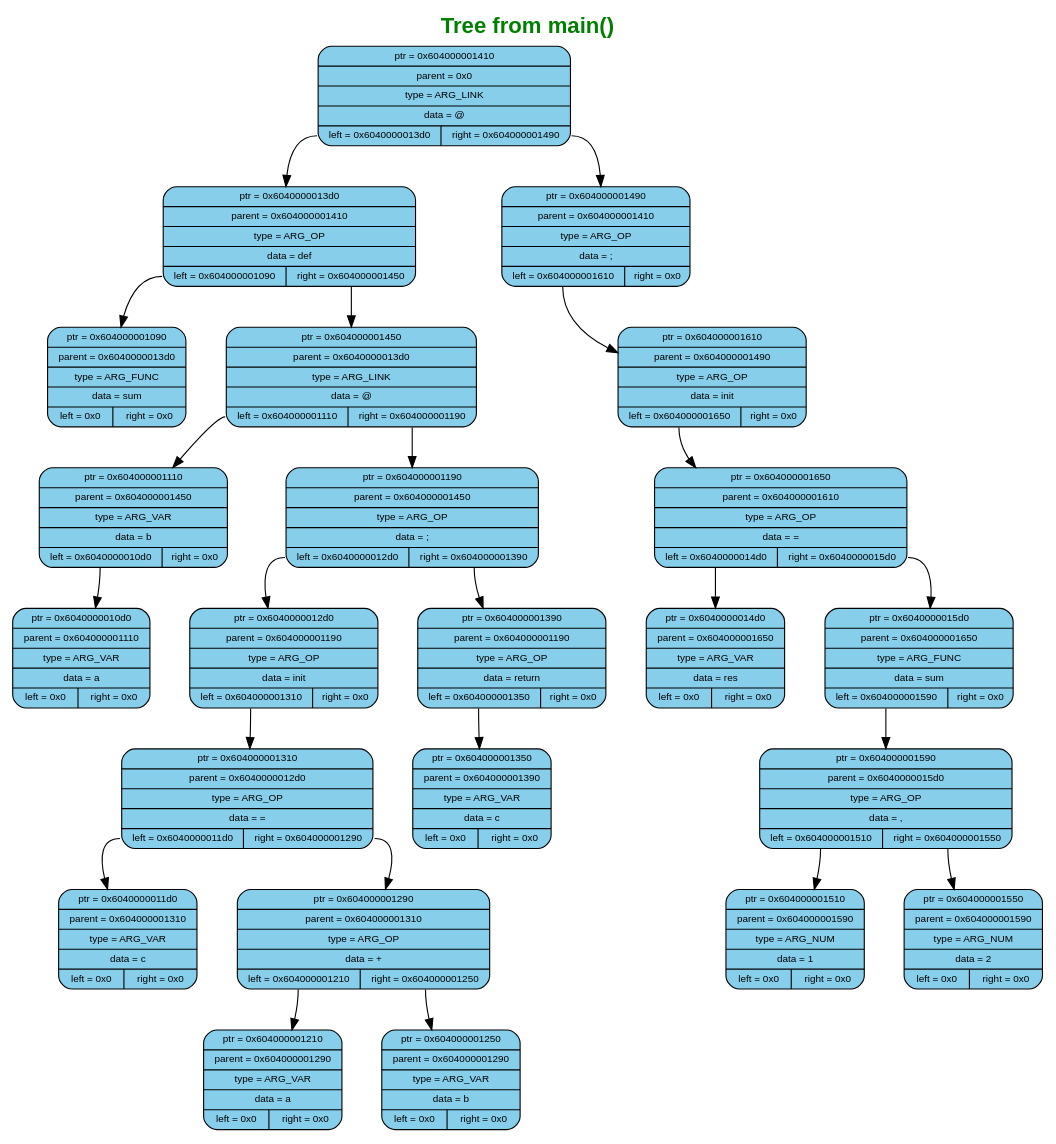
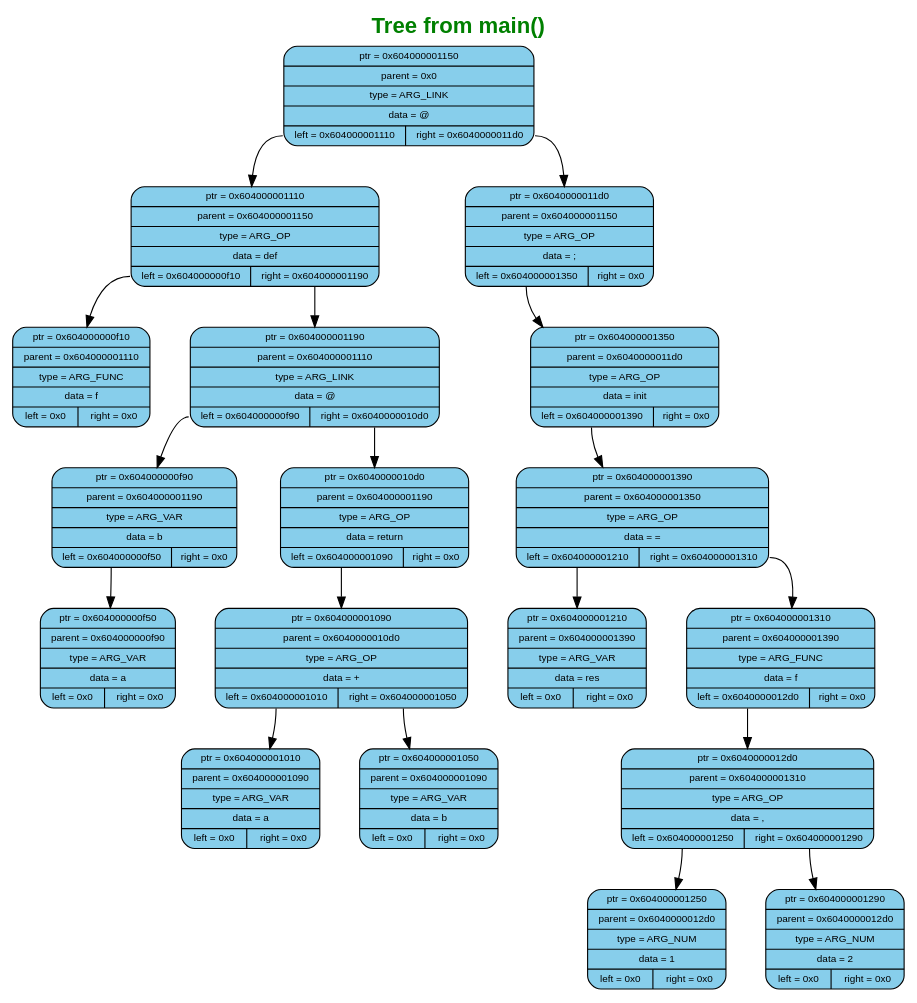
One commit to murugov/Language changed the diagram in reports/trees/tree0/tree.dot. Above: the diagram before and after it, drawn with Graphviz. The commit also changed 68 other files, not shown here.

```diff
--- a/reports/trees/tree0/tree.dot
+++ b/reports/trees/tree0/tree.dot
@@ -1,59 +1,49 @@
 digraph G {
 	label=<<B>Tree from main()</B>>;
 	fontcolor="#008000";
 	fontname="Arial";
 	labelloc="top";
 	labeljust="center";
 	fontsize=20;
 	rankdir=TB;
 	center=true;
 	nodesep=0.5;
 	ranksep=0.5;
 	node[fontsize=9, shape=box, width=0.7, height=0.4, style="filled, rounded", fontname="Arial"];
 
-	n0 [shape=record, label="{ptr = 0x604000001410 | parent = 0x0 | type = ARG_LINK | data = @ | {<left> left = 0x6040000013d0 | <right> right = 0x604000001490}}", fillcolor="#87CEEB", color="black"]
-	n1 [shape=record, label="{ptr = 0x6040000013d0 | parent = 0x604000001410 | type = ARG_OP | data = def | {<left> left = 0x604000001090 | <right> right = 0x604000001450}}", fillcolor="#87CEEB", color="black"]
+	n0 [shape=record, label="{ptr = 0x604000001150 | parent = 0x0 | type = ARG_LINK | data = @ | {<left> left = 0x604000001110 | <right> right = 0x6040000011d0}}", fillcolor="#87CEEB", color="black"]
+	n1 [shape=record, label="{ptr = 0x604000001110 | parent = 0x604000001150 | type = ARG_OP | data = def | {<left> left = 0x604000000f10 | <right> right = 0x604000001190}}", fillcolor="#87CEEB", color="black"]
 	n0:left -> n1
-	n2 [shape=record, label="{ptr = 0x604000001490 | parent = 0x604000001410 | type = ARG_OP | data = ; | {<left> left = 0x604000001610 | <right> right = 0x0}}", fillcolor="#87CEEB", color="black"]
+	n2 [shape=record, label="{ptr = 0x6040000011d0 | parent = 0x604000001150 | type = ARG_OP | data = ; | {<left> left = 0x604000001350 | <right> right = 0x0}}", fillcolor="#87CEEB", color="black"]
 	n0:right -> n2
-	n3 [shape=record, label="{ptr = 0x604000001610 | parent = 0x604000001490 | type = ARG_OP | data = init | {<left> left = 0x604000001650 | <right> right = 0x0}}", fillcolor="#87CEEB", color="black"]
+	n3 [shape=record, label="{ptr = 0x604000001350 | parent = 0x6040000011d0 | type = ARG_OP | data = init | {<left> left = 0x604000001390 | <right> right = 0x0}}", fillcolor="#87CEEB", color="black"]
 	n2:left -> n3
-	n4 [shape=record, label="{ptr = 0x604000001650 | parent = 0x604000001610 | type = ARG_OP | data = = | {<left> left = 0x6040000014d0 | <right> right = 0x6040000015d0}}", fillcolor="#87CEEB", color="black"]
+	n4 [shape=record, label="{ptr = 0x604000001390 | parent = 0x604000001350 | type = ARG_OP | data = = | {<left> left = 0x604000001210 | <right> right = 0x604000001310}}", fillcolor="#87CEEB", color="black"]
 	n3:left -> n4
-	n5 [shape=record, label="{ptr = 0x6040000014d0 | parent = 0x604000001650 | type = ARG_VAR | data = res | {<left> left = 0x0 | <right> right = 0x0}}", fillcolor="#87CEEB", color="black"]
+	n5 [shape=record, label="{ptr = 0x604000001210 | parent = 0x604000001390 | type = ARG_VAR | data = res | {<left> left = 0x0 | <right> right = 0x0}}", fillcolor="#87CEEB", color="black"]
 	n4:left -> n5
-	n6 [shape=record, label="{ptr = 0x6040000015d0 | parent = 0x604000001650 | type = ARG_FUNC | data = sum | {<left> left = 0x604000001590 | <right> right = 0x0}}", fillcolor="#87CEEB", color="black"]
+	n6 [shape=record, label="{ptr = 0x604000001310 | parent = 0x604000001390 | type = ARG_FUNC | data = f | {<left> left = 0x6040000012d0 | <right> right = 0x0}}", fillcolor="#87CEEB", color="black"]
 	n4:right -> n6
-	n7 [shape=record, label="{ptr = 0x604000001590 | parent = 0x6040000015d0 | type = ARG_OP | data = , | {<left> left = 0x604000001510 | <right> right = 0x604000001550}}", fillcolor="#87CEEB", color="black"]
+	n7 [shape=record, label="{ptr = 0x6040000012d0 | parent = 0x604000001310 | type = ARG_OP | data = , | {<left> left = 0x604000001250 | <right> right = 0x604000001290}}", fillcolor="#87CEEB", color="black"]
 	n6:left -> n7
-	n8 [shape=record, label="{ptr = 0x604000001510 | parent = 0x604000001590 | type = ARG_NUM | data = 1 | {<left> left = 0x0 | <right> right = 0x0}}", fillcolor="#87CEEB", color="black"]
+	n8 [shape=record, label="{ptr = 0x604000001250 | parent = 0x6040000012d0 | type = ARG_NUM | data = 1 | {<left> left = 0x0 | <right> right = 0x0}}", fillcolor="#87CEEB", color="black"]
 	n7:left -> n8
-	n9 [shape=record, label="{ptr = 0x604000001550 | parent = 0x604000001590 | type = ARG_NUM | data = 2 | {<left> left = 0x0 | <right> right = 0x0}}", fillcolor="#87CEEB", color="black"]
+	n9 [shape=record, label="{ptr = 0x604000001290 | parent = 0x6040000012d0 | type = ARG_NUM | data = 2 | {<left> left = 0x0 | <right> right = 0x0}}", fillcolor="#87CEEB", color="black"]
 	n7:right -> n9
-	n10 [shape=record, label="{ptr = 0x604000001090 | parent = 0x6040000013d0 | type = ARG_FUNC | data = sum | {<left> left = 0x0 | <right> right = 0x0}}", fillcolor="#87CEEB", color="black"]
+	n10 [shape=record, label="{ptr = 0x604000000f10 | parent = 0x604000001110 | type = ARG_FUNC | data = f | {<left> left = 0x0 | <right> right = 0x0}}", fillcolor="#87CEEB", color="black"]
 	n1:left -> n10
-	n11 [shape=record, label="{ptr = 0x604000001450 | parent = 0x6040000013d0 | type = ARG_LINK | data = @ | {<left> left = 0x604000001110 | <right> right = 0x604000001190}}", fillcolor="#87CEEB", color="black"]
+	n11 [shape=record, label="{ptr = 0x604000001190 | parent = 0x604000001110 | type = ARG_LINK | data = @ | {<left> left = 0x604000000f90 | <right> right = 0x6040000010d0}}", fillcolor="#87CEEB", color="black"]
 	n1:right -> n11
-	n12 [shape=record, label="{ptr = 0x604000001110 | parent = 0x604000001450 | type = ARG_VAR | data = b | {<left> left = 0x6040000010d0 | <right> right = 0x0}}", fillcolor="#87CEEB", color="black"]
+	n12 [shape=record, label="{ptr = 0x604000000f90 | parent = 0x604000001190 | type = ARG_VAR | data = b | {<left> left = 0x604000000f50 | <right> right = 0x0}}", fillcolor="#87CEEB", color="black"]
 	n11:left -> n12
-	n13 [shape=record, label="{ptr = 0x604000001190 | parent = 0x604000001450 | type = ARG_OP | data = ; | {<left> left = 0x6040000012d0 | <right> right = 0x604000001390}}", fillcolor="#87CEEB", color="black"]
+	n13 [shape=record, label="{ptr = 0x6040000010d0 | parent = 0x604000001190 | type = ARG_OP | data = return | {<left> left = 0x604000001090 | <right> right = 0x0}}", fillcolor="#87CEEB", color="black"]
 	n11:right -> n13
-	n14 [shape=record, label="{ptr = 0x6040000012d0 | parent = 0x604000001190 | type = ARG_OP | data = init | {<left> left = 0x604000001310 | <right> right = 0x0}}", fillcolor="#87CEEB", color="black"]
+	n14 [shape=record, label="{ptr = 0x604000001090 | parent = 0x6040000010d0 | type = ARG_OP | data = + | {<left> left = 0x604000001010 | <right> right = 0x604000001050}}", fillcolor="#87CEEB", color="black"]
 	n13:left -> n14
-	n15 [shape=record, label="{ptr = 0x604000001390 | parent = 0x604000001190 | type = ARG_OP | data = return | {<left> left = 0x604000001350 | <right> right = 0x0}}", fillcolor="#87CEEB", color="black"]
-	n13:right -> n15
-	n16 [shape=record, label="{ptr = 0x604000001350 | parent = 0x604000001390 | type = ARG_VAR | data = c | {<left> left = 0x0 | <right> right = 0x0}}", fillcolor="#87CEEB", color="black"]
-	n15:left -> n16
-	n17 [shape=record, label="{ptr = 0x604000001310 | parent = 0x6040000012d0 | type = ARG_OP | data = = | {<left> left = 0x6040000011d0 | <right> right = 0x604000001290}}", fillcolor="#87CEEB", color="black"]
-	n14:left -> n17
-	n18 [shape=record, label="{ptr = 0x6040000011d0 | parent = 0x604000001310 | type = ARG_VAR | data = c | {<left> left = 0x0 | <right> right = 0x0}}", fillcolor="#87CEEB", color="black"]
-	n17:left -> n18
-	n19 [shape=record, label="{ptr = 0x604000001290 | parent = 0x604000001310 | type = ARG_OP | data = + | {<left> left = 0x604000001210 | <right> right = 0x604000001250}}", fillcolor="#87CEEB", color="black"]
-	n17:right -> n19
-	n20 [shape=record, label="{ptr = 0x604000001210 | parent = 0x604000001290 | type = ARG_VAR | data = a | {<left> left = 0x0 | <right> right = 0x0}}", fillcolor="#87CEEB", color="black"]
-	n19:left -> n20
-	n21 [shape=record, label="{ptr = 0x604000001250 | parent = 0x604000001290 | type = ARG_VAR | data = b | {<left> left = 0x0 | <right> right = 0x0}}", fillcolor="#87CEEB", color="black"]
-	n19:right -> n21
-	n22 [shape=record, label="{ptr = 0x6040000010d0 | parent = 0x604000001110 | type = ARG_VAR | data = a | {<left> left = 0x0 | <right> right = 0x0}}", fillcolor="#87CEEB", color="black"]
-	n12:left -> n22
+	n15 [shape=record, label="{ptr = 0x604000001010 | parent = 0x604000001090 | type = ARG_VAR | data = a | {<left> left = 0x0 | <right> right = 0x0}}", fillcolor="#87CEEB", color="black"]
+	n14:left -> n15
+	n16 [shape=record, label="{ptr = 0x604000001050 | parent = 0x604000001090 | type = ARG_VAR | data = b | {<left> left = 0x0 | <right> right = 0x0}}", fillcolor="#87CEEB", color="black"]
+	n14:right -> n16
+	n17 [shape=record, label="{ptr = 0x604000000f50 | parent = 0x604000000f90 | type = ARG_VAR | data = a | {<left> left = 0x0 | <right> right = 0x0}}", fillcolor="#87CEEB", color="black"]
+	n12:left -> n17
 }
```
